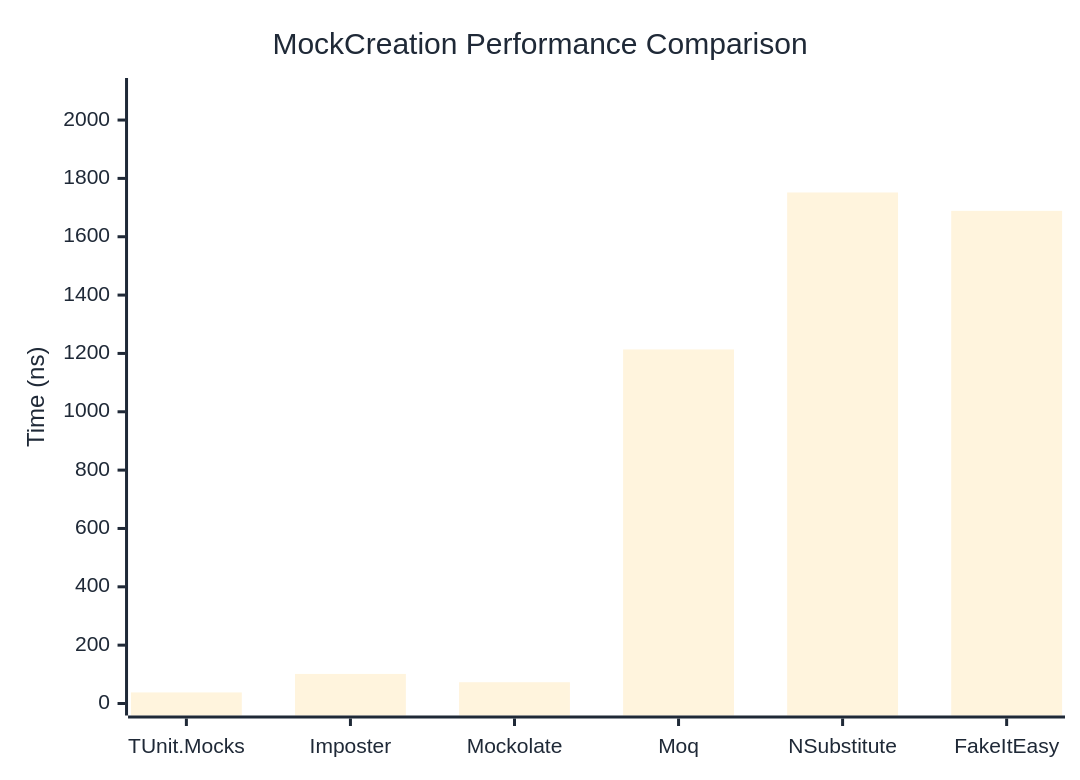
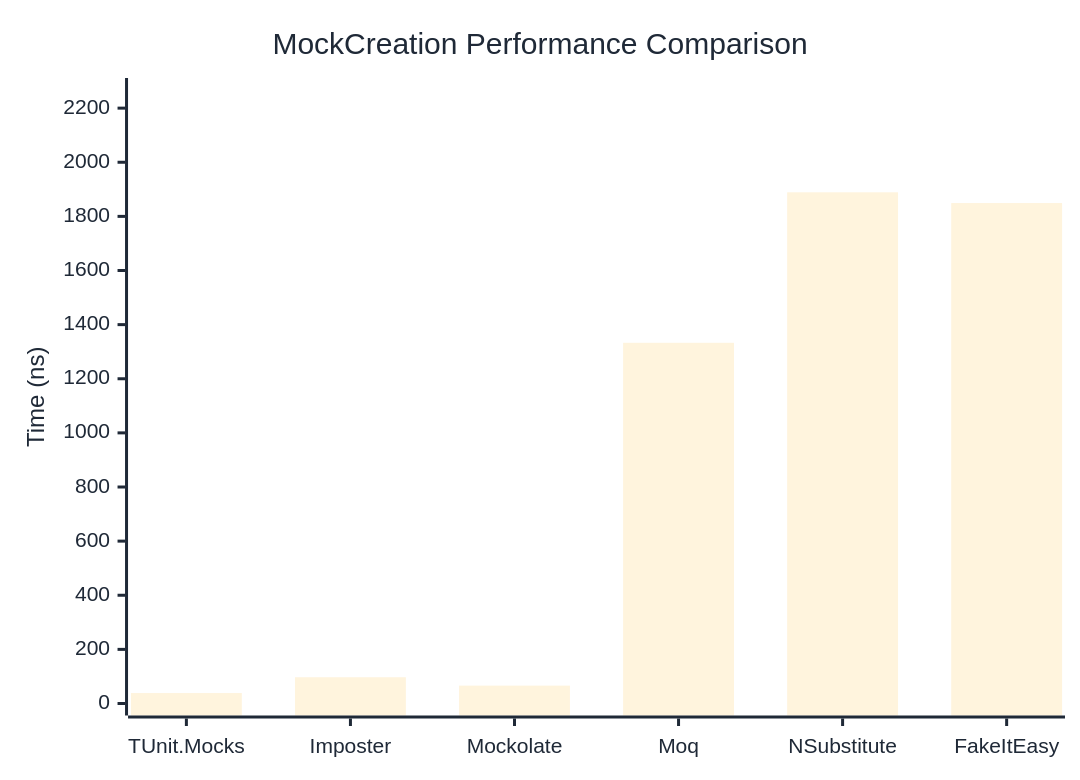
The first of 2 diagrams in docs/docs/benchmarks/mocks/MockCreation.md (thomhurst/TUnit), drawn with Mermaid before and after one commit. The commit also changed other lines of this file and 14 other files, not shown here.

````diff
--- a/docs/docs/benchmarks/mocks/MockCreation.md
+++ b/docs/docs/benchmarks/mocks/MockCreation.md
@@ -28,27 +28,27 @@
 ```mermaid
 %%{init: {
   'theme':'base',
   'themeVariables': {
     'primaryColor': '#2563eb',
     'primaryTextColor': '#1f2937',
     'primaryBorderColor': '#1e40af',
     'lineColor': '#6b7280',
     'secondaryColor': '#7c3aed',
     'tertiaryColor': '#dc2626',
     'background': '#ffffff',
     'pie1': '#2563eb',
     'pie2': '#7c3aed',
     'pie3': '#dc2626',
     'pie4': '#f59e0b',
     'pie5': '#10b981',
     'pie6': '#06b6d4',
     'pie7': '#ec4899',
     'pie8': '#6366f1'
   }
 }}%%
 xychart-beta
   title "MockCreation Performance Comparison"
   x-axis ["TUnit.Mocks", "Imposter", "Mockolate", "Moq", "NSubstitute", "FakeItEasy"]
-  y-axis "Time (ns)" 0 --> 2103
-  bar [37.98, 101.38, 72.98, 1213.65, 1751.72, 1688.72]
+  y-axis "Time (ns)" 0 --> 2267
+  bar [38.62, 97.03, 66.08, 1332.86, 1888.96, 1849.24]
 ```
````
